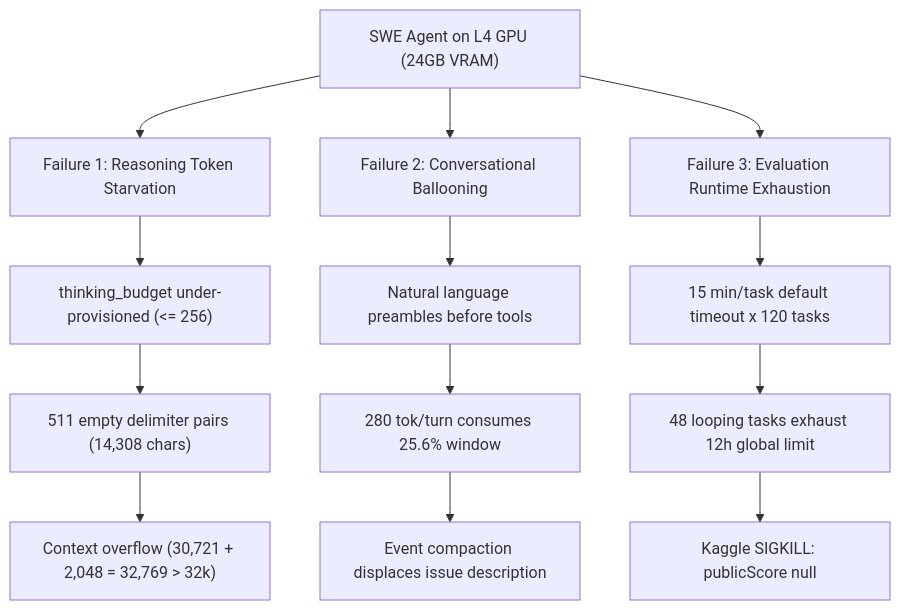
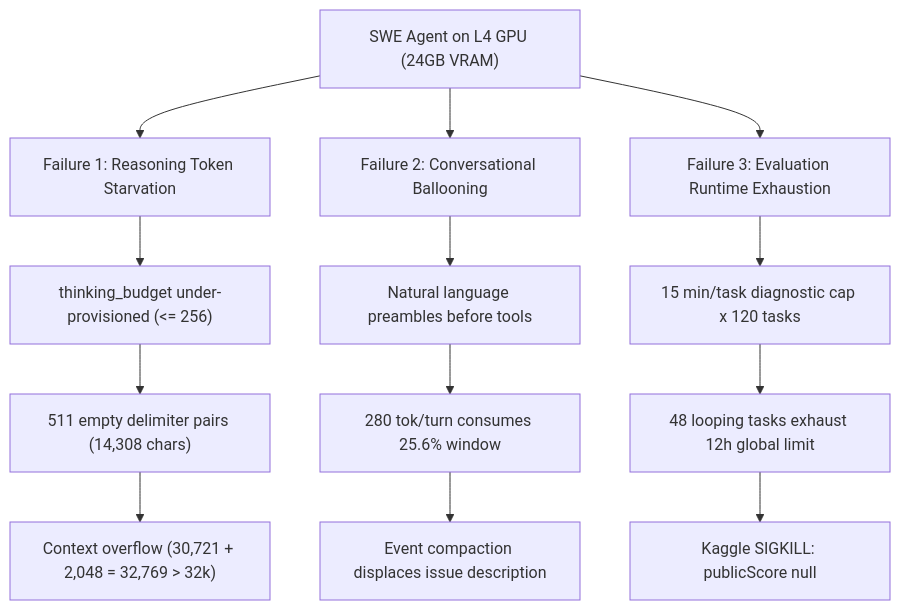
Before and after one commit to Ronak1167/gemma-4-developer-agent: the diagram in paper/gemma4_swe_agent_research_paper.md, drawn with Mermaid. The commit also changed other lines of this file and 5 other files, not shown here.

Commit message:
fix(final-audit): sync research paper to GitHub, eliminate U+FFFD encoding artifacts, harmonize 15-min diagnostic limits in writeup/diagram, document 42-turn dataset provenance, and tighten second-edit decision rule

````diff
--- a/paper/gemma4_swe_agent_research_paper.md
+++ b/paper/gemma4_swe_agent_research_paper.md
@@ -73,18 +83,18 @@
 ```mermaid
 flowchart TD
     A["SWE Agent on L4 GPU (24GB VRAM)"] --> B["Failure 1: Reasoning Token Starvation"]
     A --> C["Failure 2: Conversational Ballooning"]
     A --> D["Failure 3: Evaluation Runtime Exhaustion"]
 
     B --> B1["thinking_budget under-provisioned (<= 256)"]
     B1 --> B2["511 empty delimiter pairs (14,308 chars)"]
     B2 --> B3["Context overflow (30,721 + 2,048 = 32,769 > 32k)"]
 
     C --> C1["Natural language preambles before tools"]
     C1 --> C2["280 tok/turn consumes 25.6% window"]
     C2 --> C3["Event compaction displaces issue description"]
 
-    D --> D1["15 min/task default timeout x 120 tasks"]
+    D --> D1["15 min/task diagnostic cap x 120 tasks"]
     D1 --> D2["48 looping tasks exhaust 12h global limit"]
     D2 --> D3["Kaggle SIGKILL: publicScore null"]
 ```
````
